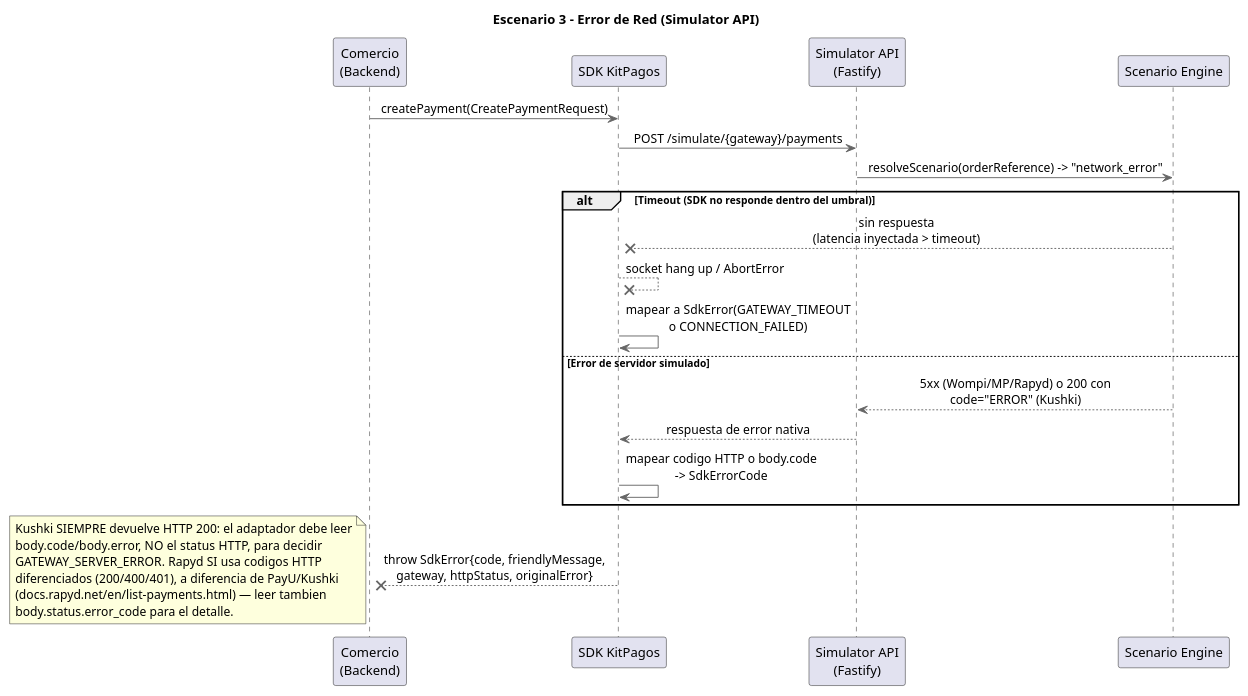
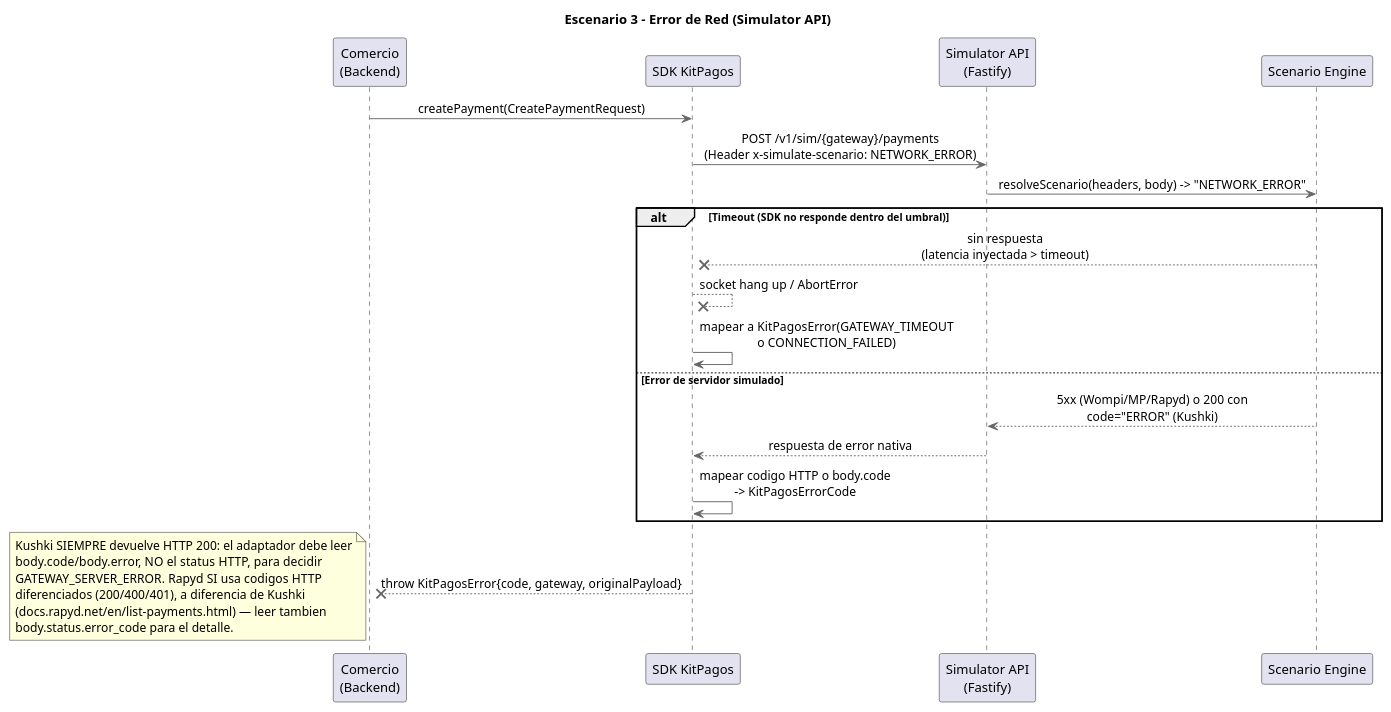
Before and after one commit to PurosBrothers/Kit-Pagos-Colombia---Tesis: the diagram in docs/architecture/Simulador API/diagrams-source/sequence-network-error.puml, drawn with PlantUML. The commit also changed 12 other files, not shown here.

First line of the commit message:
docs(docs): update diagrams

```diff
--- a/docs/architecture/Simulador API/diagrams-source/sequence-network-error.puml
+++ b/docs/architecture/Simulador API/diagrams-source/sequence-network-error.puml
@@ -1,38 +1,38 @@
 @startuml Sequence Diagram - Network Error
 title Escenario 3 - Error de Red (Simulator API)
 skinparam backgroundColor white
 skinparam sequenceMessageAlign center
 skinparam ArrowColor #666666
 skinparam LifeLineBorderColor #666666
 
 participant "Comercio\n(Backend)" as Comercio
 participant "SDK KitPagos" as SDK
 participant "Simulator API\n(Fastify)" as SimAPI
 participant "Scenario Engine" as Engine
 
 Comercio -> SDK : createPayment(CreatePaymentRequest)
-SDK -> SimAPI : POST /simulate/{gateway}/payments
-SimAPI -> Engine : resolveScenario(orderReference) -> "network_error"
+SDK -> SimAPI : POST /v1/sim/{gateway}/payments\n(Header x-simulate-scenario: NETWORK_ERROR)
+SimAPI -> Engine : resolveScenario(headers, body) -> "NETWORK_ERROR"
 
 alt Timeout (SDK no responde dentro del umbral)
   Engine -->x SDK : sin respuesta\n(latencia inyectada > timeout)
   SDK -->x SDK : socket hang up / AbortError
-  SDK -> SDK : mapear a SdkError(GATEWAY_TIMEOUT\no CONNECTION_FAILED)
+  SDK -> SDK : mapear a KitPagosError(GATEWAY_TIMEOUT\no CONNECTION_FAILED)
 else Error de servidor simulado
   Engine --> SimAPI : 5xx (Wompi/MP/Rapyd) o 200 con\ncode="ERROR" (Kushki)
   SimAPI --> SDK : respuesta de error nativa
-  SDK -> SDK : mapear codigo HTTP o body.code\n-> SdkErrorCode
+  SDK -> SDK : mapear codigo HTTP o body.code\n-> KitPagosErrorCode
 end
 
-SDK -->x Comercio : throw SdkError{code, friendlyMessage,\ngateway, httpStatus, originalError}
+SDK -->x Comercio : throw KitPagosError{code, gateway, originalPayload}
 
 note bottom
   Kushki SIEMPRE devuelve HTTP 200: el adaptador debe leer
   body.code/body.error, NO el status HTTP, para decidir
   GATEWAY_SERVER_ERROR. Rapyd SI usa codigos HTTP
-  diferenciados (200/400/401), a diferencia de PayU/Kushki
+  diferenciados (200/400/401), a diferencia de Kushki
   (docs.rapyd.net/en/list-payments.html) — leer tambien
   body.status.error_code para el detalle.
 end note
 
 @enduml
```
